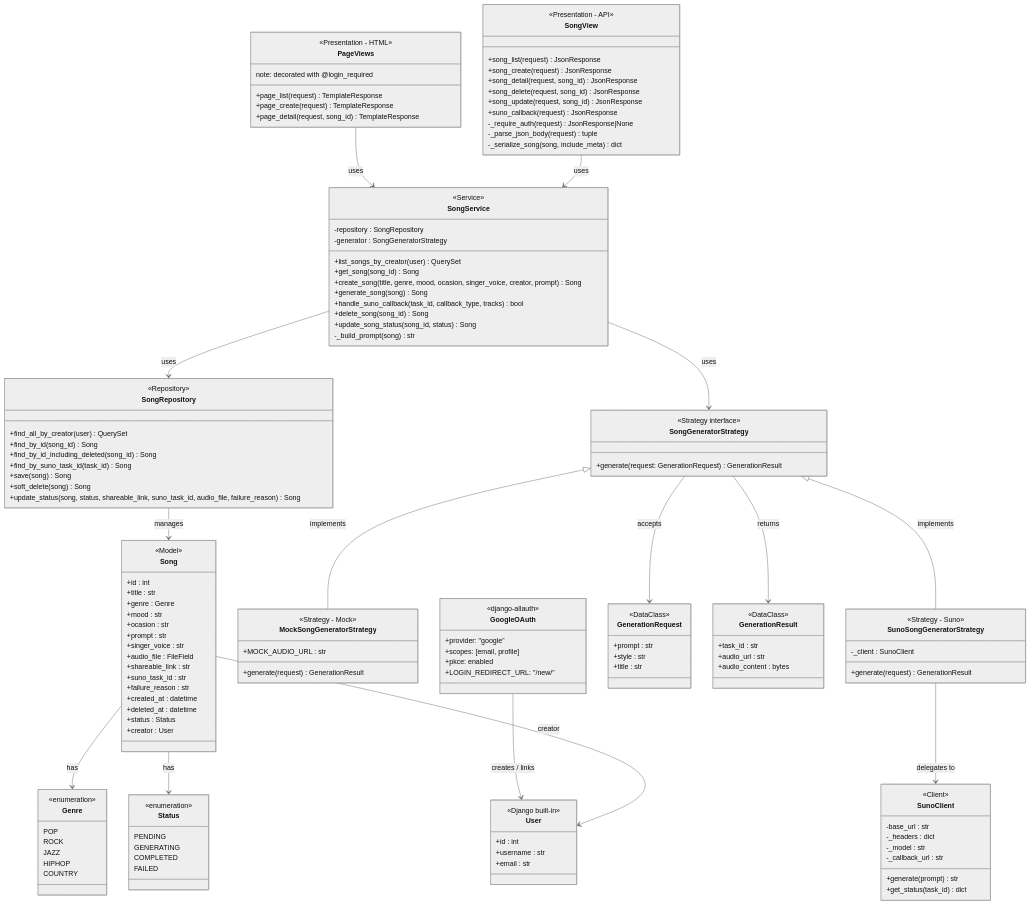
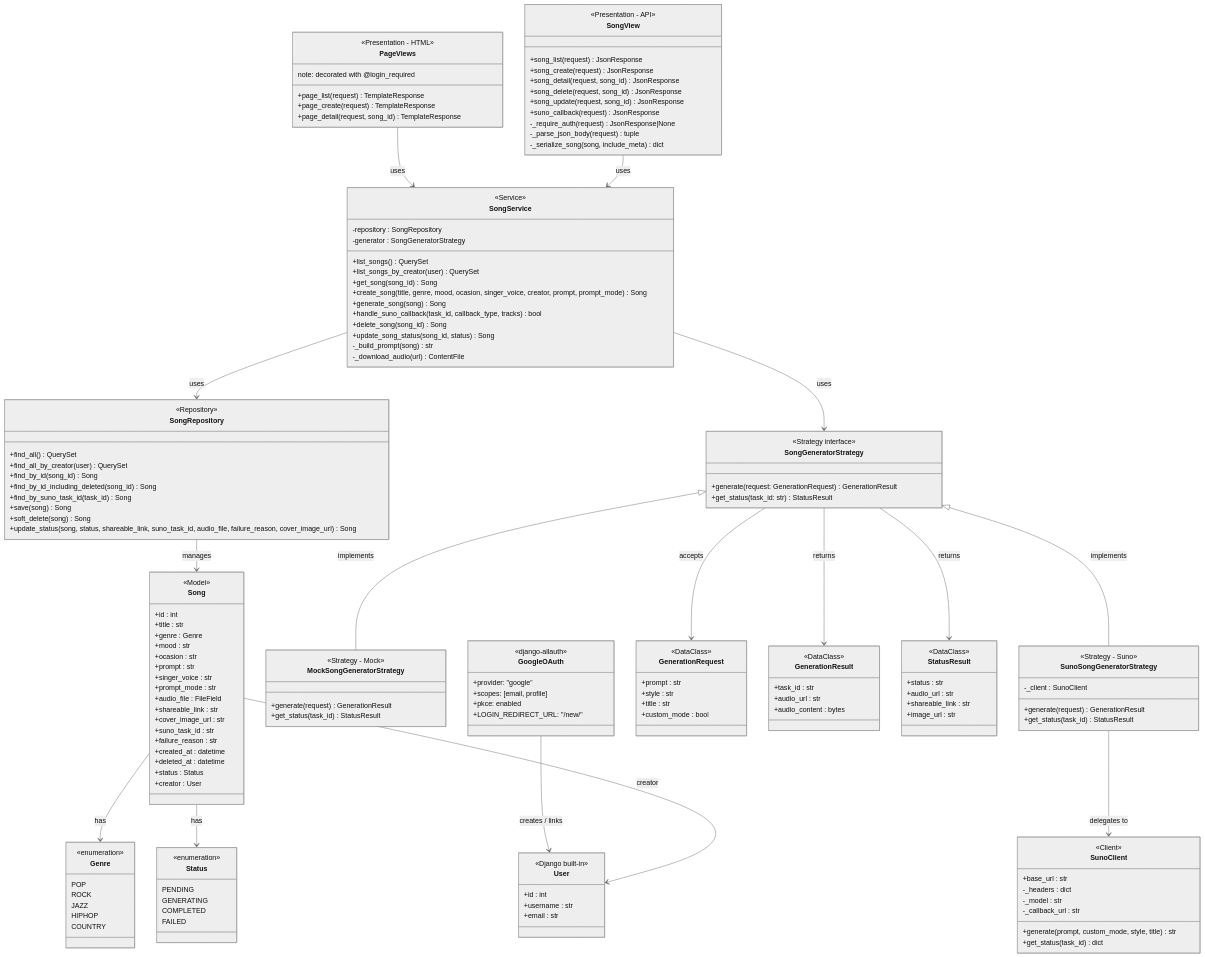
The diagram in docs/class_diagram.md (ParanyuLion/Cithara), drawn with Mermaid (neutral theme) before and after one commit. The commit also changed 1 other file, not shown here.

Commit message:
feat: update sequence and class diagrams to reflect changes in song creation and generation flow

```diff
--- a/docs/class_diagram.md
+++ b/docs/class_diagram.md
@@ -47,53 +47,58 @@
         <<Service>>
         -repository : SongRepository
         -generator : SongGeneratorStrategy
+        +list_songs() QuerySet
         +list_songs_by_creator(user) QuerySet
         +get_song(song_id) Song
-        +create_song(title, genre, mood, ocasion, singer_voice, creator, prompt) Song
+        +create_song(title, genre, mood, ocasion, singer_voice, creator, prompt, prompt_mode) Song
         +generate_song(song) Song
         +handle_suno_callback(task_id, callback_type, tracks) bool
         +delete_song(song_id) Song
         +update_song_status(song_id, status) Song
         -_build_prompt(song) str
+        -_download_audio(url) ContentFile
     }
 
     %% ── Repository Layer ────────────────────────────────────────────────────
     class SongRepository {
         <<Repository>>
+        +find_all() QuerySet
         +find_all_by_creator(user) QuerySet
         +find_by_id(song_id) Song
         +find_by_id_including_deleted(song_id) Song
         +find_by_suno_task_id(task_id) Song
         +save(song) Song
         +soft_delete(song) Song
-        +update_status(song, status, shareable_link, suno_task_id, audio_file, failure_reason) Song
+        +update_status(song, status, shareable_link, suno_task_id, audio_file, failure_reason, cover_image_url) Song
     }
 
     %% ── Client Layer ────────────────────────────────────────────────────────
     class SongGeneratorStrategy {
         <<Strategy interface>>
         +generate(request: GenerationRequest) GenerationResult
+        +get_status(task_id: str) StatusResult
     }
 
     class MockSongGeneratorStrategy {
         <<Strategy - Mock>>
-        +MOCK_AUDIO_URL : str
         +generate(request) GenerationResult
+        +get_status(task_id) StatusResult
     }
 
     class SunoSongGeneratorStrategy {
         <<Strategy - Suno>>
         -_client : SunoClient
         +generate(request) GenerationResult
+        +get_status(task_id) StatusResult
     }
 
     class SunoClient {
         <<Client>>
-        -base_url : str
+        +base_url : str
         -_headers : dict
         -_model : str
         -_callback_url : str
-        +generate(prompt) str
+        +generate(prompt, custom_mode, style, title) str
         +get_status(task_id) dict
     }
 
@@ -102,6 +107,7 @@
         +prompt : str
         +style : str
         +title : str
+        +custom_mode : bool
     }
 
     class GenerationResult {
@@ -109,6 +115,14 @@
         +task_id : str
         +audio_url : str
         +audio_content : bytes
+    }
+
+    class StatusResult {
+        <<DataClass>>
+        +status : str
+        +audio_url : str
+        +shareable_link : str
+        +image_url : str
     }
 
     %% ── Domain Layer ────────────────────────────────────────────────────────
@@ -121,8 +135,10 @@
         +ocasion : str
         +prompt : str
         +singer_voice : str
+        +prompt_mode : str
         +audio_file : FileField
         +shareable_link : str
+        +cover_image_url : str
         +suno_task_id : str
         +failure_reason : str
         +created_at : datetime
@@ -158,6 +174,7 @@
     SunoSongGeneratorStrategy --> SunoClient              : delegates to
     SongGeneratorStrategy     --> GenerationRequest       : accepts
     SongGeneratorStrategy     --> GenerationResult        : returns
+    SongGeneratorStrategy     --> StatusResult            : returns
     SongRepository            --> Song                    : manages
     Song                      --> Genre                   : has
     Song                      --> Status                  : has
```
